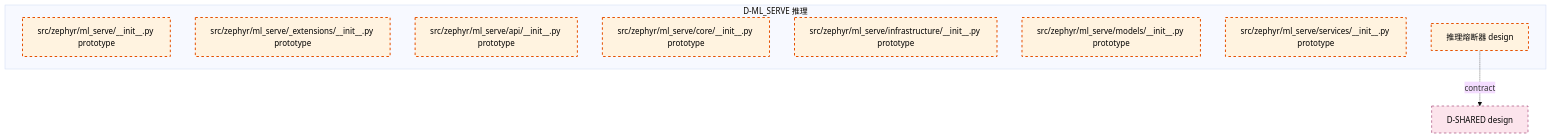
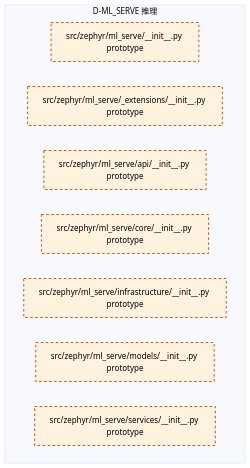
Before and after one commit to xuanFelixVan/ZephyrAlpha: the diagram in docs/02_enterprise_architecture/02_domain_architecture_docs/42_d_ml_serve.md, drawn with Mermaid (base theme). The commit also changed other lines of this file and 4786 other files, not shown here.

````diff
--- a/docs/02_enterprise_architecture/02_domain_architecture_docs/42_d_ml_serve.md
+++ b/docs/02_enterprise_architecture/02_domain_architecture_docs/42_d_ml_serve.md
@@ -62,21 +61,17 @@
 ```mermaid
 graph TD
     subgraph D_ML_SERVE["D-ML_SERVE 推理"]
         src_zephyr_ml_serve_init_py["src/zephyr/ml_serve/__init__.py prototype"]
         src_zephyr_ml_serve_extensions_init_py["src/zephyr/ml_serve/_extensions/__init__.py prototype"]
         src_zephyr_ml_serve_api_init_py["src/zephyr/ml_serve/api/__init__.py prototype"]
         src_zephyr_ml_serve_core_init_py["src/zephyr/ml_serve/core/__init__.py prototype"]
         src_zephyr_ml_serve_infrastructure_init_py["src/zephyr/ml_serve/infrastructure/__init__.py prototype"]
         src_zephyr_ml_serve_models_init_py["src/zephyr/ml_serve/models/__init__.py prototype"]
         src_zephyr_ml_serve_services_init_py["src/zephyr/ml_serve/services/__init__.py prototype"]
-        D_ML_136["推理熔断器 design"]
     end
-    D_SHARED["D-SHARED design"]
-    D_ML_136 -.->|contract| D_SHARED
     classDef production fill:#e1f5fe,stroke:#01579b,stroke-width:2px,color:#000
     classDef design fill:#fff3e0,stroke:#e65100,stroke-width:2px,color:#000,stroke-dasharray: 5 5
     classDef external_prod fill:#e8f5e9,stroke:#1b5e20,stroke-width:1px,color:#000
     classDef external_design fill:#fce4ec,stroke:#880e4f,stroke-width:1px,color:#000,stroke-dasharray: 5 5
-    class src_zephyr_ml_serve_init_py,src_zephyr_ml_serve_extensions_init_py,src_zephyr_ml_serve_api_init_py,src_zephyr_ml_serve_core_init_py,src_zephyr_ml_serve_infrastructure_init_py,src_zephyr_ml_serve_models_init_py,src_zephyr_ml_serve_services_init_py,D_ML_136 design
-    class D_SHARED external_design
+    class src_zephyr_ml_serve_init_py,src_zephyr_ml_serve_extensions_init_py,src_zephyr_ml_serve_api_init_py,src_zephyr_ml_serve_core_init_py,src_zephyr_ml_serve_infrastructure_init_py,src_zephyr_ml_serve_models_init_py,src_zephyr_ml_serve_services_init_py design
 ```
````
